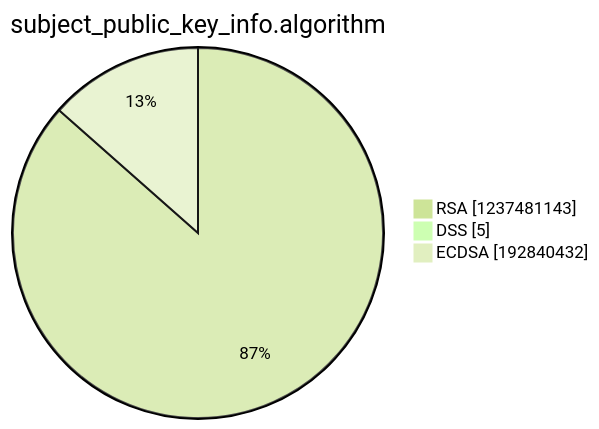
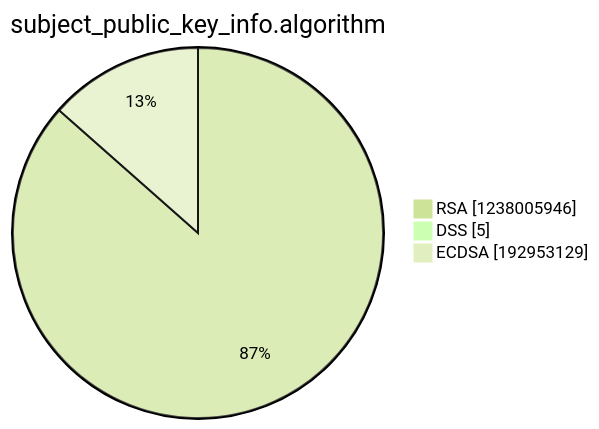
One commit to christiankrug/ctmonitor_visualization changed the third of 15 diagrams in argon2022/README.md. Above: the diagram before and after it, drawn with Mermaid (forest theme). The commit also changed other lines of this file, not shown here.

````diff
--- a/argon2022/README.md
+++ b/argon2022/README.md
@@ -14,7 +14,7 @@
 ```mermaid
 pie showData
 title subject_public_key_info.algorithm
-"RSA" :1237481143
+"RSA" :1238005946
 "DSS" :5
-"ECDSA" :192840432
+"ECDSA" :192953129
 ```
````
